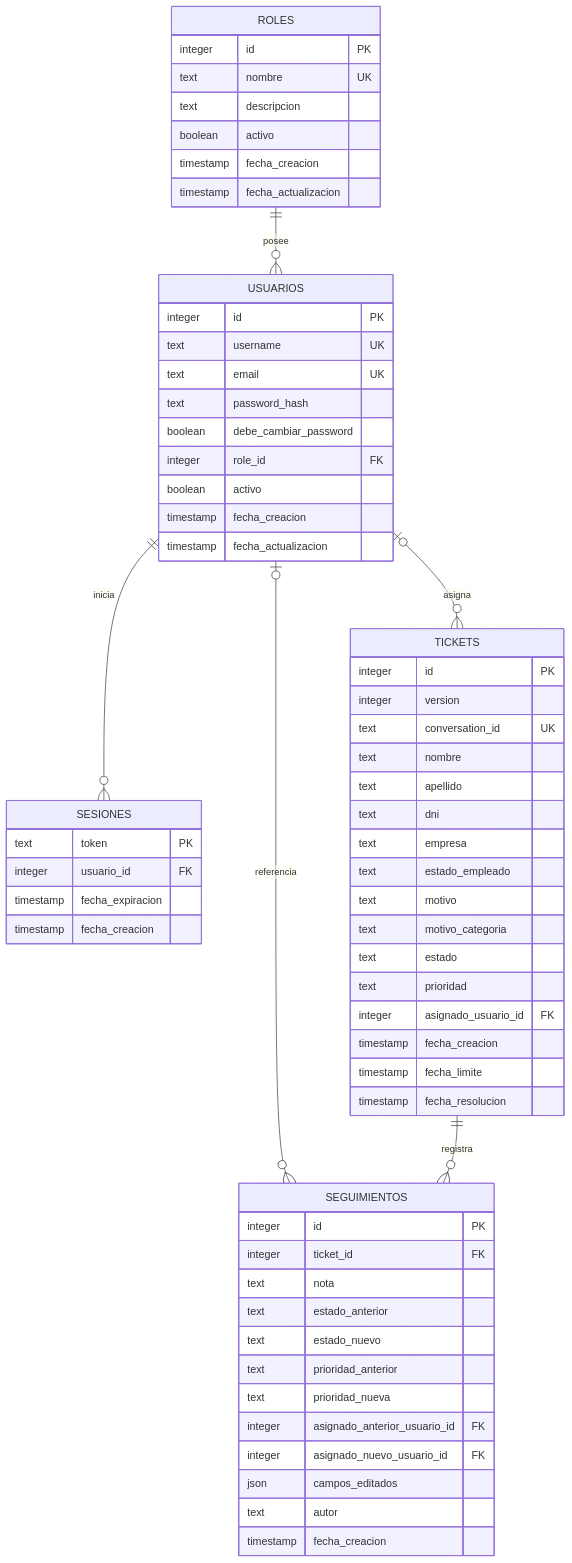
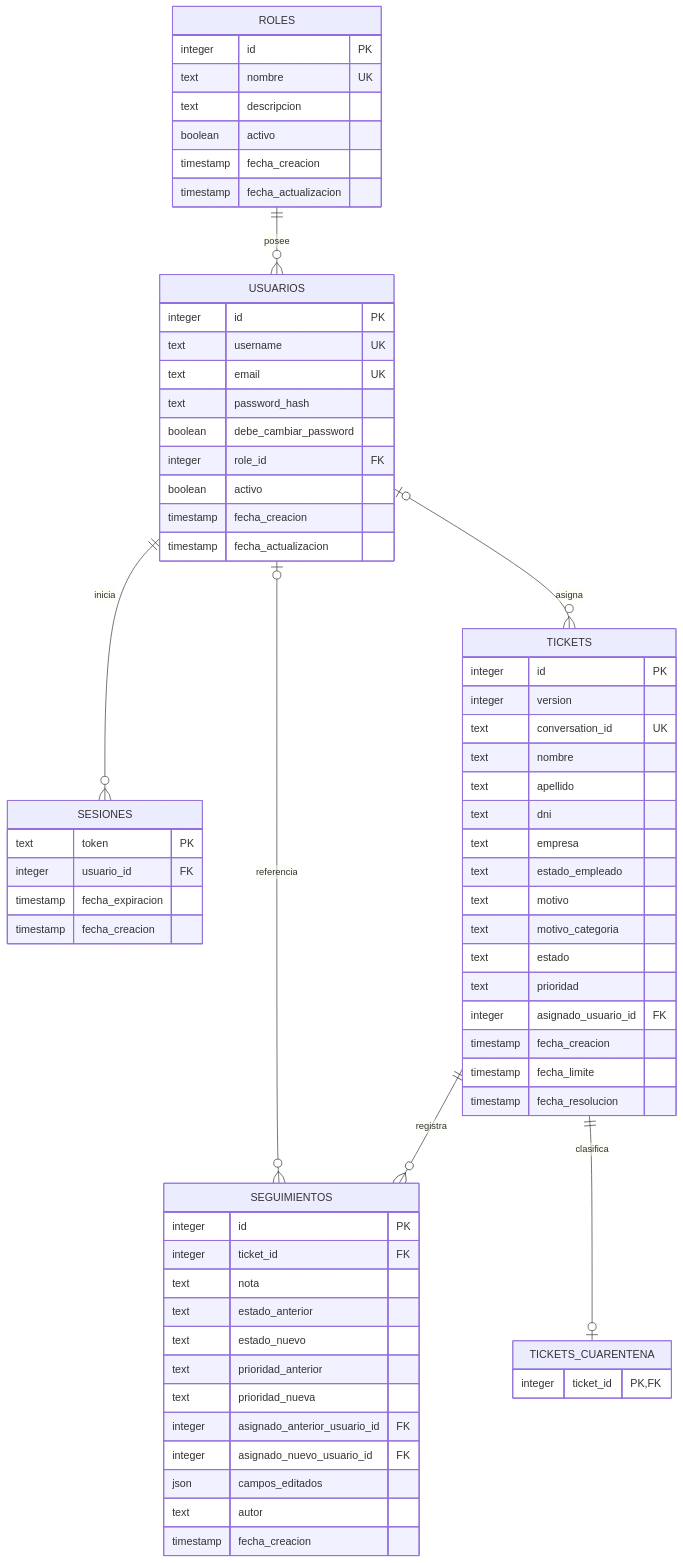
The eighth of 12 diagrams in docs/ARQUITECTURA.MD (marianoLaclau/ticketsAdmin), drawn with Mermaid before and after one commit. The commit also changed other lines of this file and 27 other files, not shown here.

Commit message:
Materializa la cuarentena de tickets

````diff
--- a/docs/ARQUITECTURA.MD
+++ b/docs/ARQUITECTURA.MD
@@ -238,66 +238,70 @@
 ```mermaid
 erDiagram
     ROLES ||--o{ USUARIOS : posee
     USUARIOS ||--o{ SESIONES : inicia
     USUARIOS o|--o{ TICKETS : asigna
     USUARIOS o|--o{ SEGUIMIENTOS : referencia
     TICKETS ||--o{ SEGUIMIENTOS : registra
+    TICKETS ||--o| TICKETS_CUARENTENA : clasifica
 
     ROLES {
         integer id PK
         text nombre UK
         text descripcion
         boolean activo
         timestamp fecha_creacion
         timestamp fecha_actualizacion
     }
     USUARIOS {
         integer id PK
         text username UK
         text email UK
         text password_hash
         boolean debe_cambiar_password
         integer role_id FK
         boolean activo
         timestamp fecha_creacion
         timestamp fecha_actualizacion
     }
     SESIONES {
         text token PK
         integer usuario_id FK
         timestamp fecha_expiracion
         timestamp fecha_creacion
     }
     TICKETS {
         integer id PK
         integer version
         text conversation_id UK
         text nombre
         text apellido
         text dni
         text empresa
         text estado_empleado
         text motivo
         text motivo_categoria
         text estado
         text prioridad
         integer asignado_usuario_id FK
         timestamp fecha_creacion
         timestamp fecha_limite
         timestamp fecha_resolucion
     }
     SEGUIMIENTOS {
         integer id PK
         integer ticket_id FK
         text nota
         text estado_anterior
         text estado_nuevo
         text prioridad_anterior
         text prioridad_nueva
         integer asignado_anterior_usuario_id FK
         integer asignado_nuevo_usuario_id FK
         json campos_editados
         text autor
         timestamp fecha_creacion
     }
+    TICKETS_CUARENTENA {
+        integer ticket_id PK, FK
+    }
 ```
````
